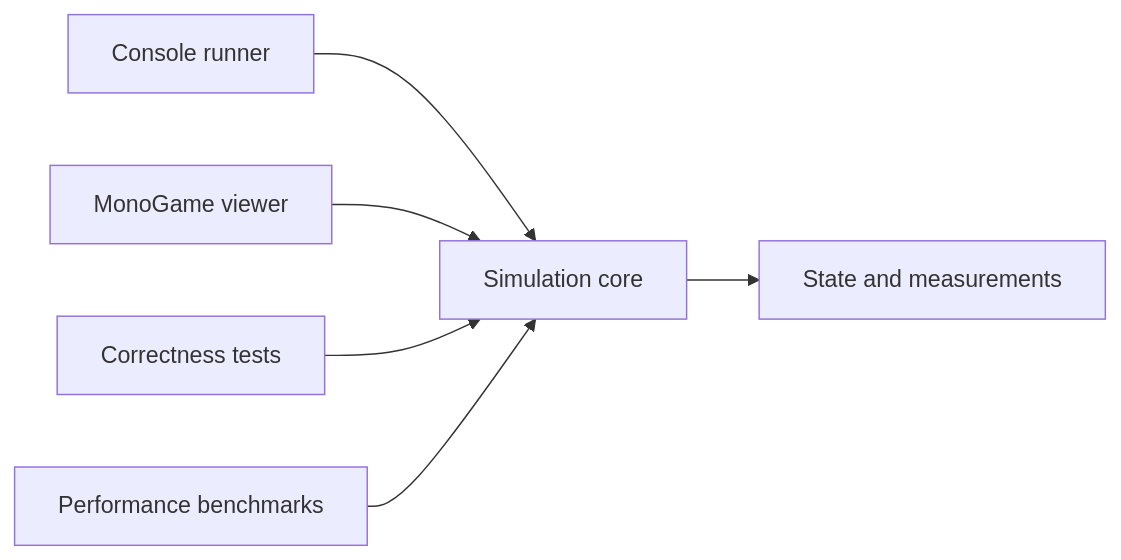
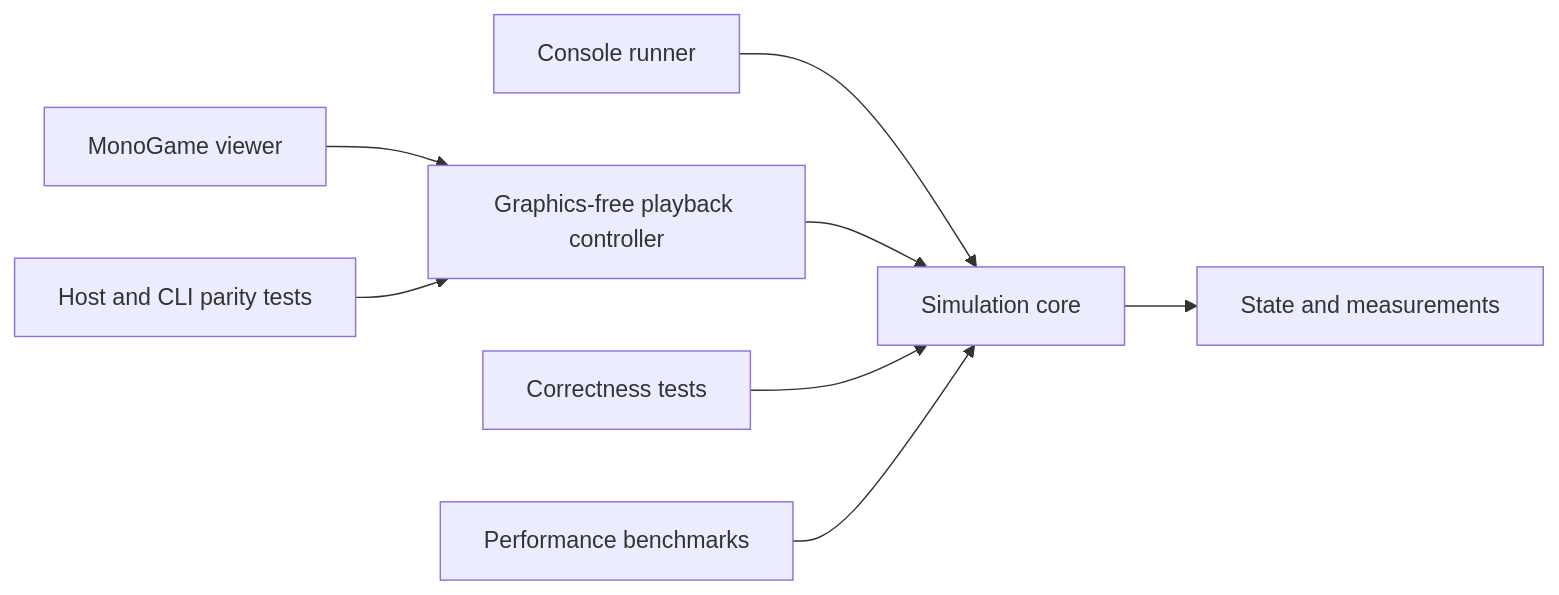
Before and after one commit to M3G4W4TT5/ParticleLife2: the diagram in docs/architecture-and-migration.md, drawn with Mermaid. The commit also changed other lines of this file and 3 other files, not shown here.

````diff
--- a/docs/architecture-and-migration.md
+++ b/docs/architecture-and-migration.md
@@ -19,8 +19,10 @@
 ```mermaid
 flowchart LR
     CLI[Console runner] --> Core[Simulation core]
-    Viewer[MonoGame viewer] --> Core
+    Viewer[MonoGame viewer] --> Host[Graphics-free playback controller]
+    Host --> Core
     Tests[Correctness tests] --> Core
+    HostTests[Host and CLI parity tests] --> Host
     Benchmarks[Performance benchmarks] --> Core
     Core --> Results[State and measurements]
 ```
````
